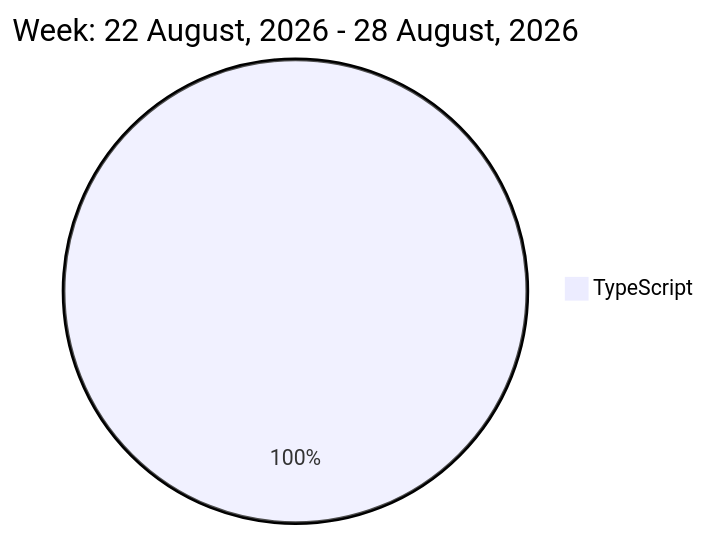
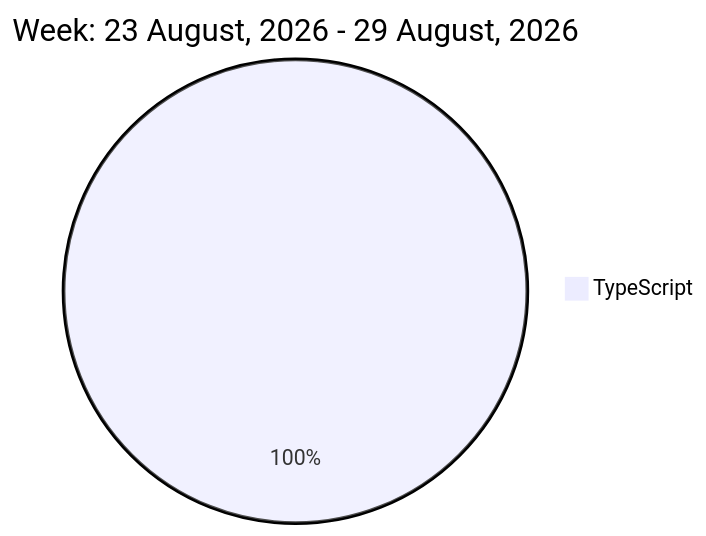
One commit to liubin95/liubin95 changed the diagram in README.md. Above: the diagram before and after it, drawn with Mermaid.

Commit message:
Updated the Graph with new Metrics

````diff
--- a/README.md
+++ b/README.md
@@ -32,5 +32,5 @@
 ```mermaid
  pie
-title Week: 22 August, 2026 - 28 August, 2026
+title Week: 23 August, 2026 - 29 August, 2026
  "TypeScript" : 2.8
 ```
````
